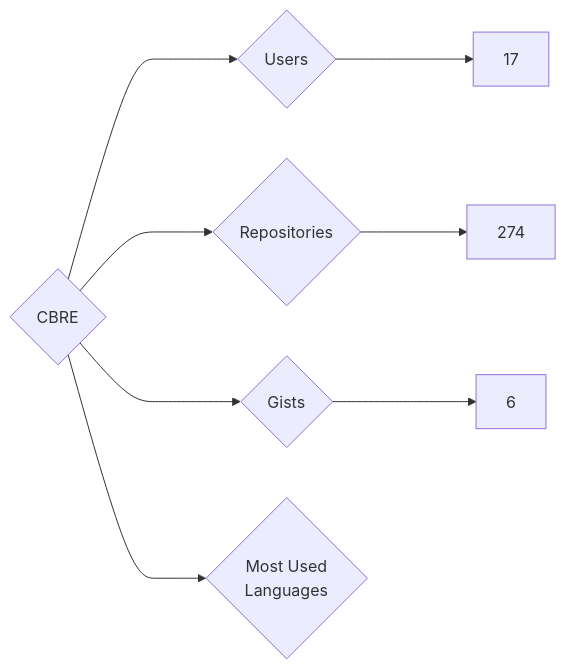
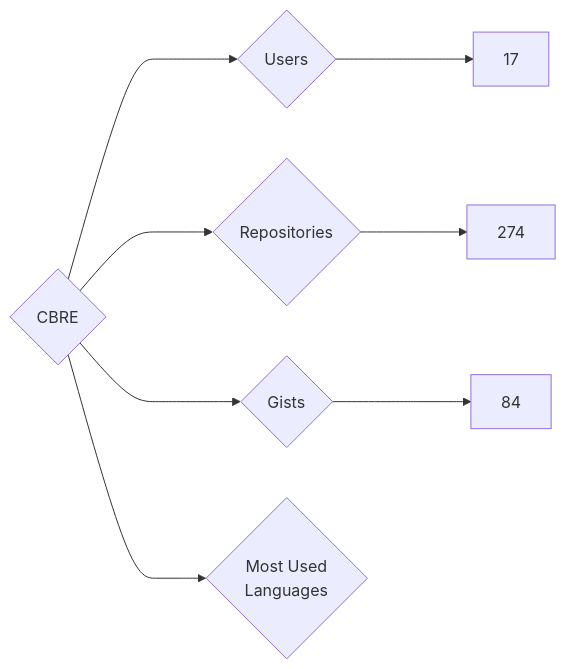
The diagram in targets/CBRE/README.md (nenadzaric/insiders), drawn with Mermaid before and after one commit. The commit also changed 1342 other files, not shown here.

````diff
--- a/targets/CBRE/README.md
+++ b/targets/CBRE/README.md
@@ -3,8 +3,8 @@
 ```mermaid
 graph LR
 COMPANY_NAME{CBRE}
 COMPANY_NAME ---> U{Users} ---> UN[17]
 COMPANY_NAME ---> R{Repositories} ---> RN[274]
-COMPANY_NAME ---> G{Gists} ---> GN[6]
+COMPANY_NAME ---> G{Gists} ---> GN[84]
 COMPANY_NAME ---> ML{Most Used<br>Languages}
 ```
````
